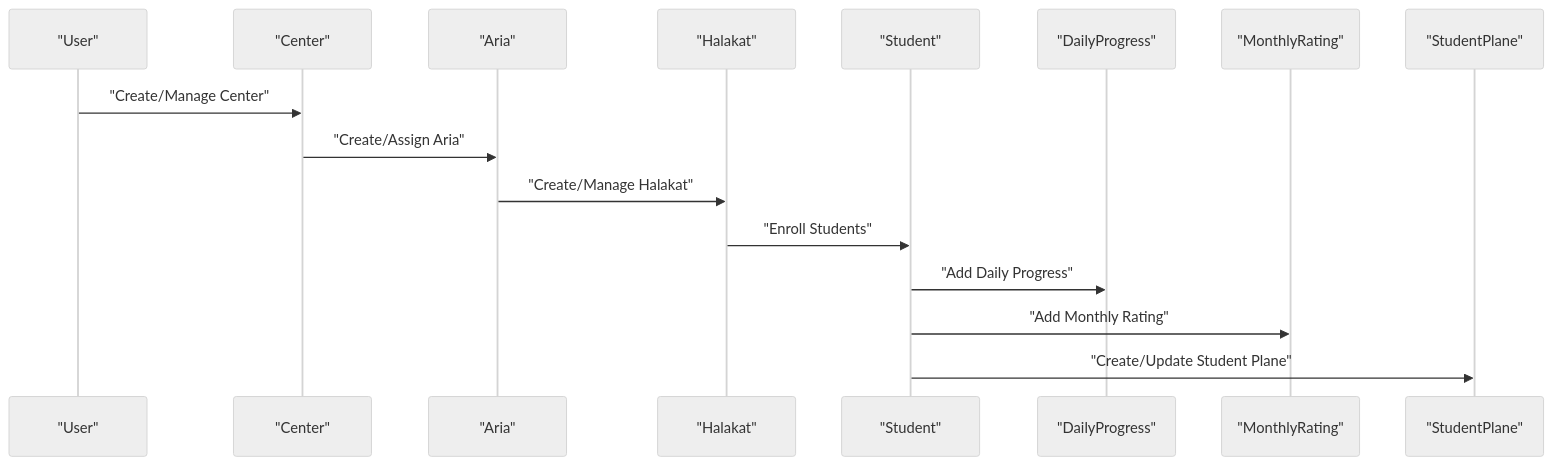
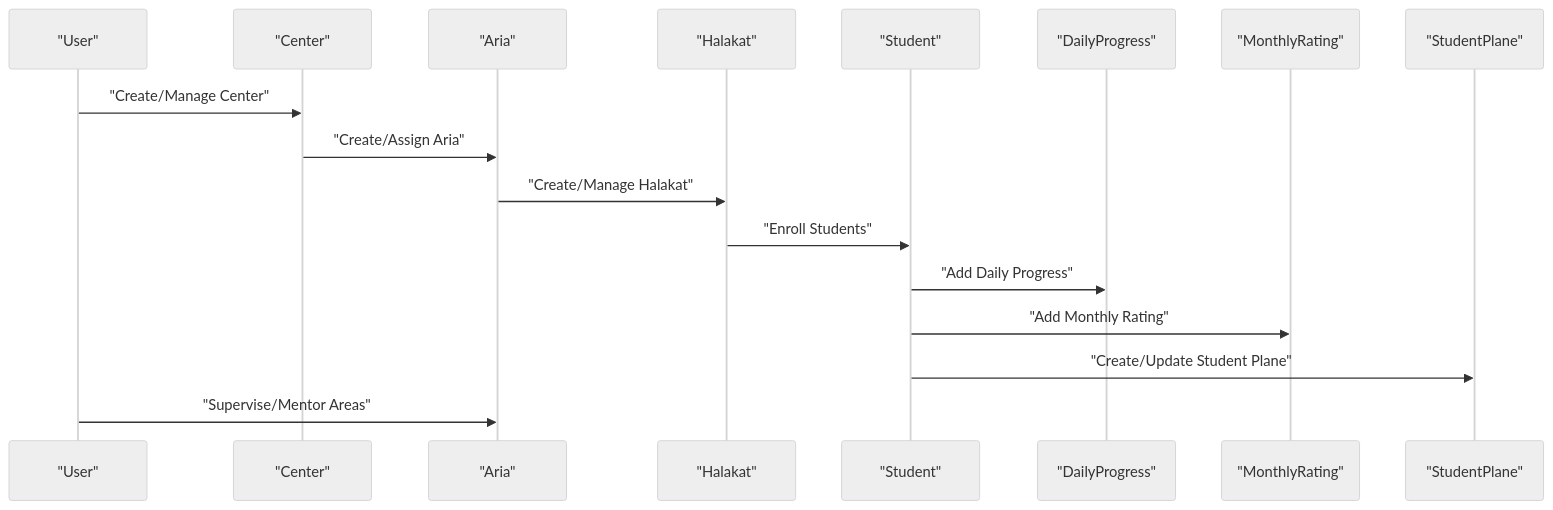
One commit to Mreng78/khirocom_project changed the third of 5 diagrams in .qoder/repowiki/en/content/Database Design/Database Design.md. Above: the diagram before and after it, drawn with Mermaid (neutral theme). The commit also changed other lines of this file and 6 other files, not shown here.

````diff
--- a/.qoder/repowiki/en/content/Database Design/Database Design.md
+++ b/.qoder/repowiki/en/content/Database Design/Database Design.md
@@ -374,18 +386,19 @@
 ```mermaid
 sequenceDiagram
 participant U as "User"
 participant C as "Center"
 participant A as "Aria"
 participant H as "Halakat"
 participant S as "Student"
 participant DP as "DailyProgress"
 participant MR as "MonthlyRating"
 participant SP as "StudentPlane"
 U->>C : "Create/Manage Center"
 C->>A : "Create/Assign Aria"
 A->>H : "Create/Manage Halakat"
 H->>S : "Enroll Students"
 S->>DP : "Add Daily Progress"
 S->>MR : "Add Monthly Rating"
 S->>SP : "Create/Update Student Plane"
+U->>A : "Supervise/Mentor Areas"
 ```
````
